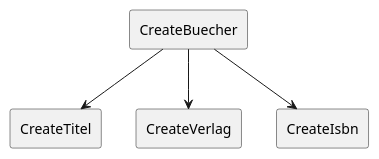
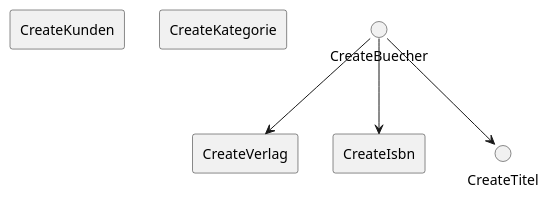
The diagram in extras/doc/komponentenbaum.CreateBuch.plantuml (DSchwemmle/kundeweb), drawn with PlantUML before and after one commit. The commit also changed 324 other files, not shown here.

```diff
--- a/extras/doc/komponentenbaum.CreateBuch.plantuml
+++ b/extras/doc/komponentenbaum.CreateBuch.plantuml
@@ -18,14 +18,14 @@
-@startuml CreateBuecher
+@startuml CreateKunden
 
 'top to bottom direction
 
-rectangle CreateBuecher
-rectangle CreateTitel
+rectangle CreateKunden
+rectangle CreateKategorie
 rectangle CreateVerlag
 rectangle CreateIsbn
 
 CreateBuecher --> CreateTitel
 CreateBuecher --> CreateVerlag
 CreateBuecher --> CreateIsbn
 
 @enduml
```
